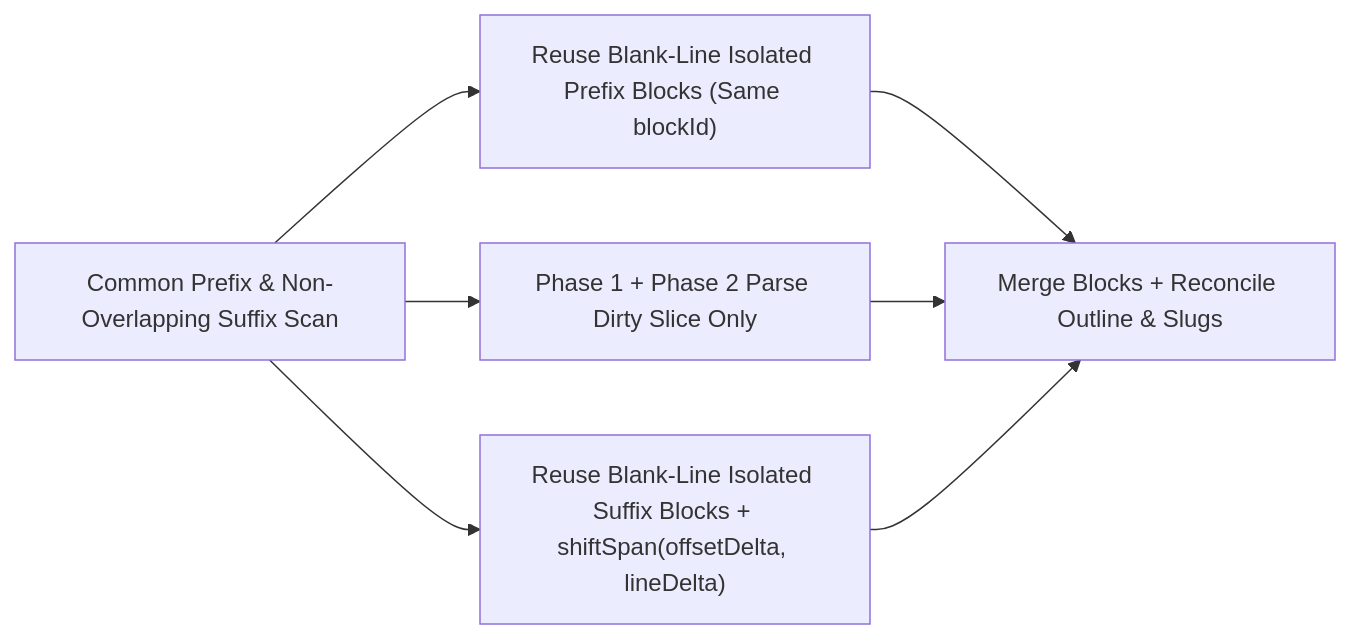
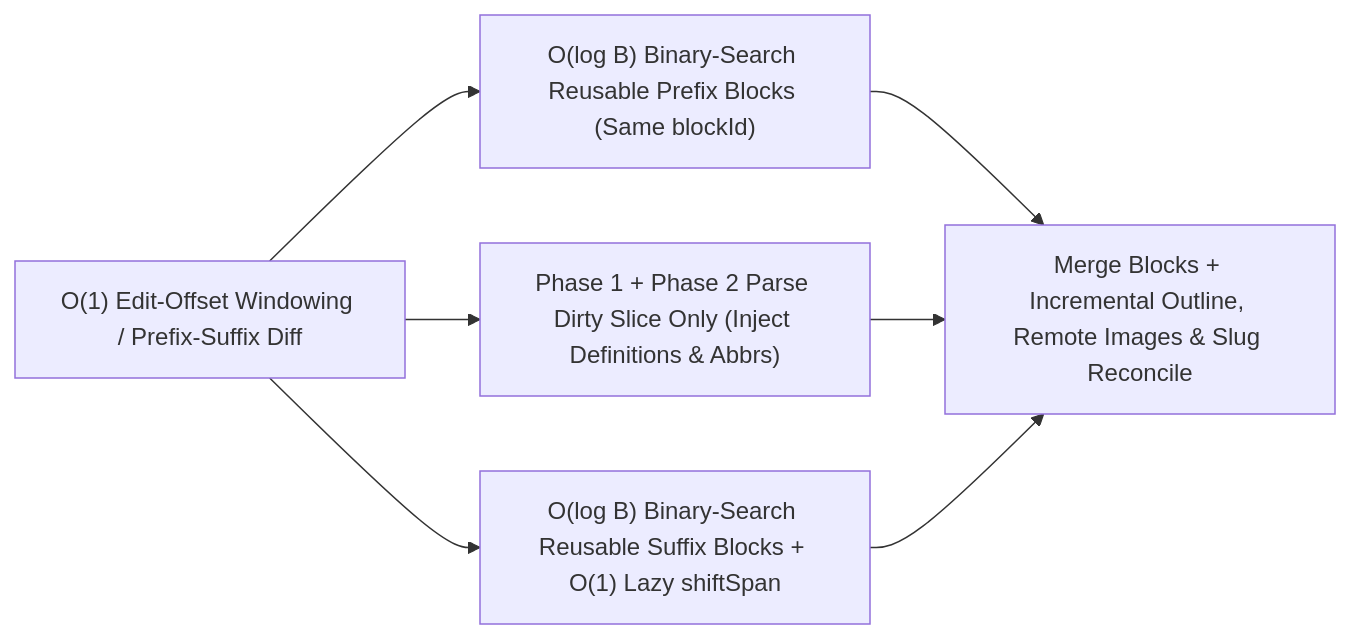
One commit to tkinnis/markdown_engine changed the third of 4 diagrams in doc/ARCHITECTURE.md. Above: the diagram before and after it, drawn with Mermaid. The commit also changed other lines of this file and 47 other files, not shown here.

````diff
--- a/doc/ARCHITECTURE.md
+++ b/doc/ARCHITECTURE.md
@@ -109,9 +110,9 @@
 ```mermaid
 flowchart LR
-  Diff["Common Prefix & Non-Overlapping Suffix Scan"] --> Prefix["Reuse Blank-Line Isolated Prefix Blocks (Same blockId)"]
-  Diff --> Dirty["Phase 1 + Phase 2 Parse Dirty Slice Only"]
-  Diff --> Suffix["Reuse Blank-Line Isolated Suffix Blocks + shiftSpan(offsetDelta, lineDelta)"]
-  Prefix --> Merge["Merge Blocks + Reconcile Outline & Slugs"]
+  Diff["O(1) Edit-Offset Windowing / Prefix-Suffix Diff"] --> Prefix["O(log B) Binary-Search Reusable Prefix Blocks (Same blockId)"]
+  Diff --> Dirty["Phase 1 + Phase 2 Parse Dirty Slice Only (Inject Definitions & Abbrs)"]
+  Diff --> Suffix["O(log B) Binary-Search Reusable Suffix Blocks + O(1) Lazy shiftSpan"]
+  Prefix --> Merge["Merge Blocks + Incremental Outline, Remote Images & Slug Reconcile"]
   Dirty --> Merge
   Suffix --> Merge
 ```
````
